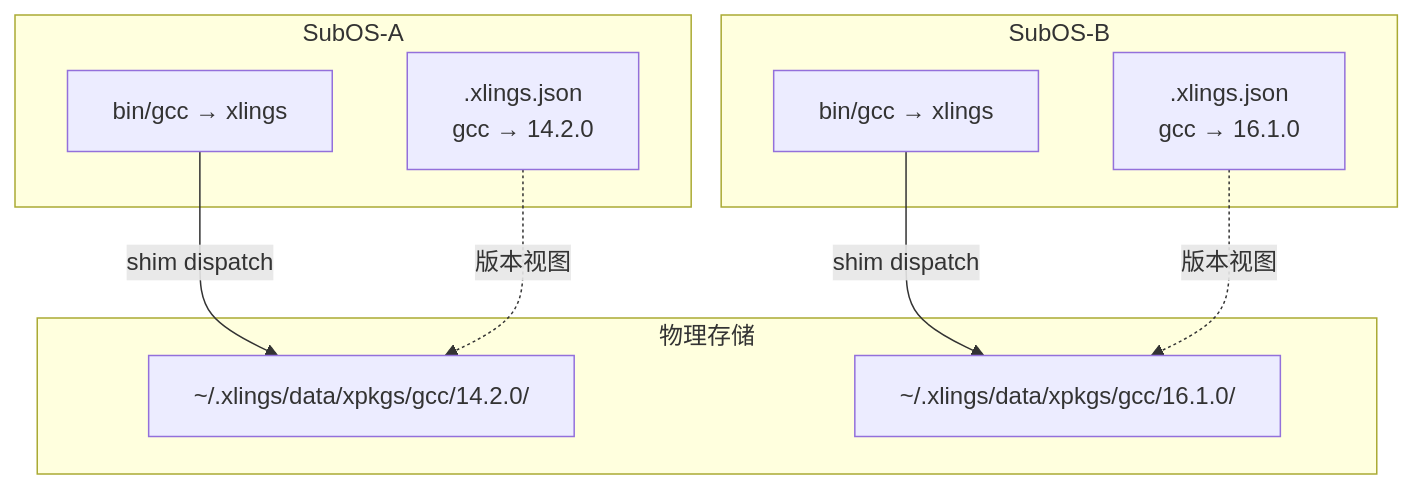
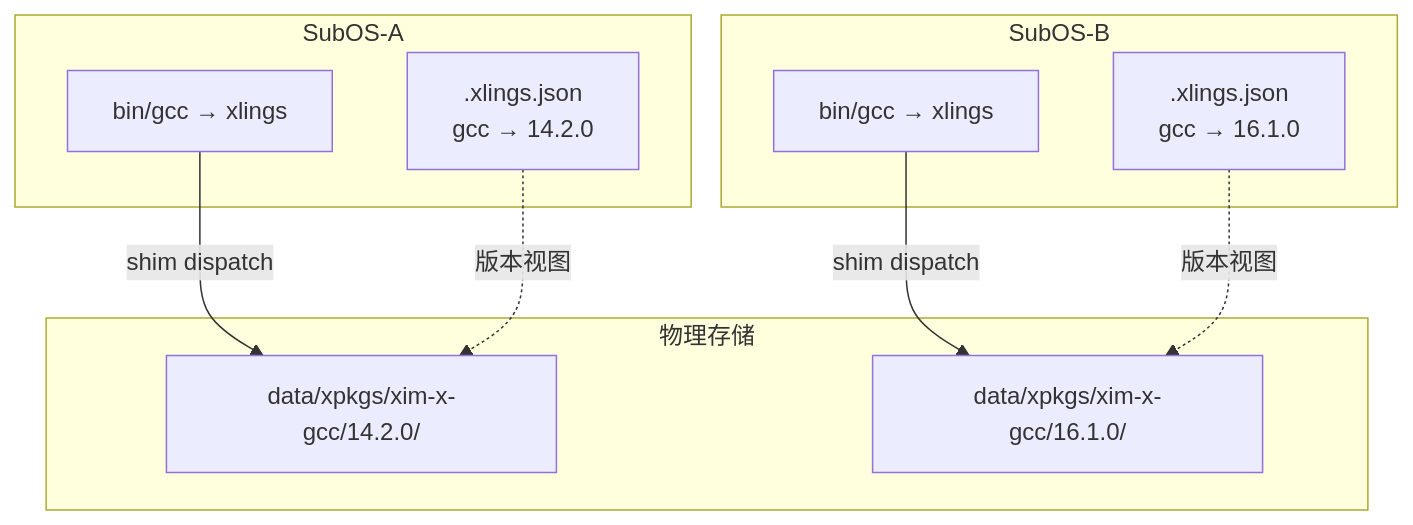
Before and after one commit to openxlings/xlings: the diagram in docs/quick-start/multi-version.md, drawn with Mermaid. The commit also changed other lines of this file and 8 other files, not shown here.

````diff
--- a/docs/quick-start/multi-version.md
+++ b/docs/quick-start/multi-version.md
@@ -46,20 +76,20 @@
 ```mermaid
 graph TD
     subgraph SubOS-A
         A1[".xlings.json<br/>gcc → 14.2.0"]
         A2["bin/gcc → xlings"]
     end
     subgraph SubOS-B
         B1[".xlings.json<br/>gcc → 16.1.0"]
         B2["bin/gcc → xlings"]
     end
     subgraph 物理存储
-        P1["~/.xlings/data/xpkgs/gcc/14.2.0/"]
-        P2["~/.xlings/data/xpkgs/gcc/16.1.0/"]
+        P1["data/xpkgs/xim-x-gcc/14.2.0/"]
+        P2["data/xpkgs/xim-x-gcc/16.1.0/"]
     end
 
     A2 -->|shim dispatch| P1
     B2 -->|shim dispatch| P2
     A1 -.->|版本视图| P1
     B1 -.->|版本视图| P2
 ```
````
